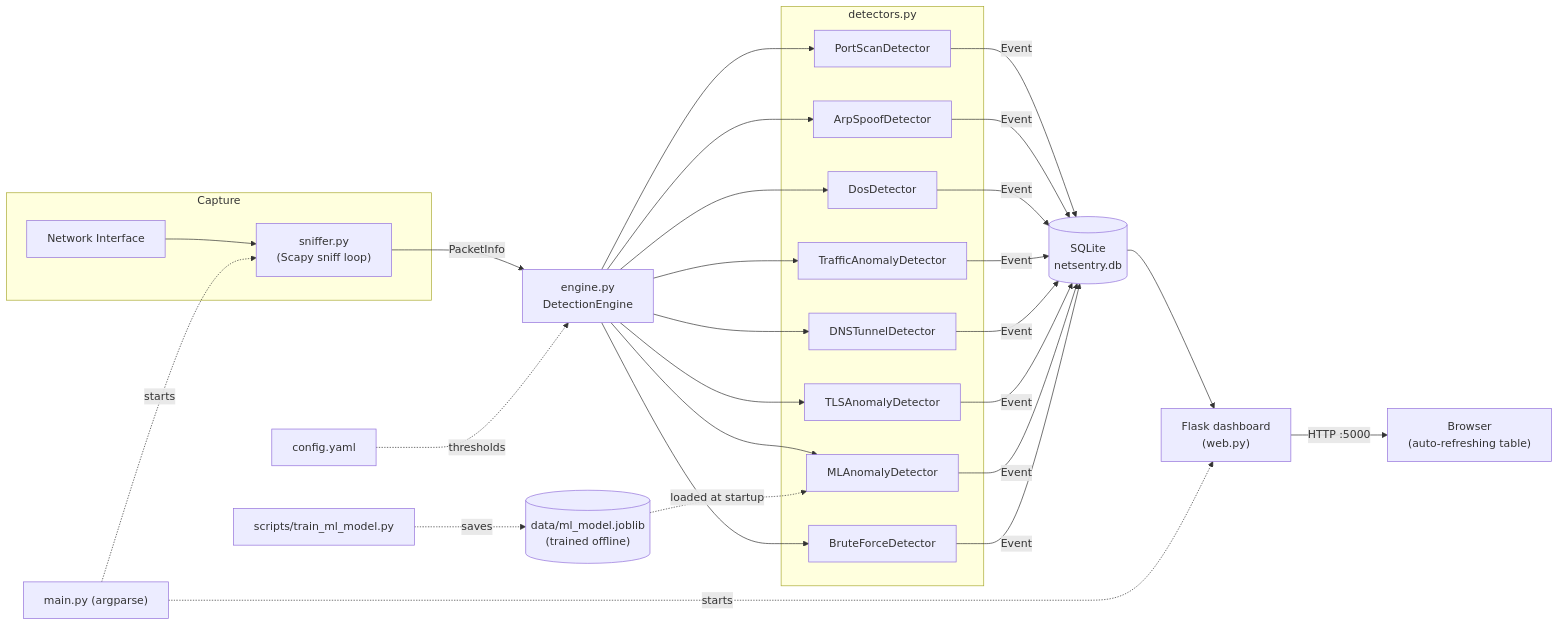
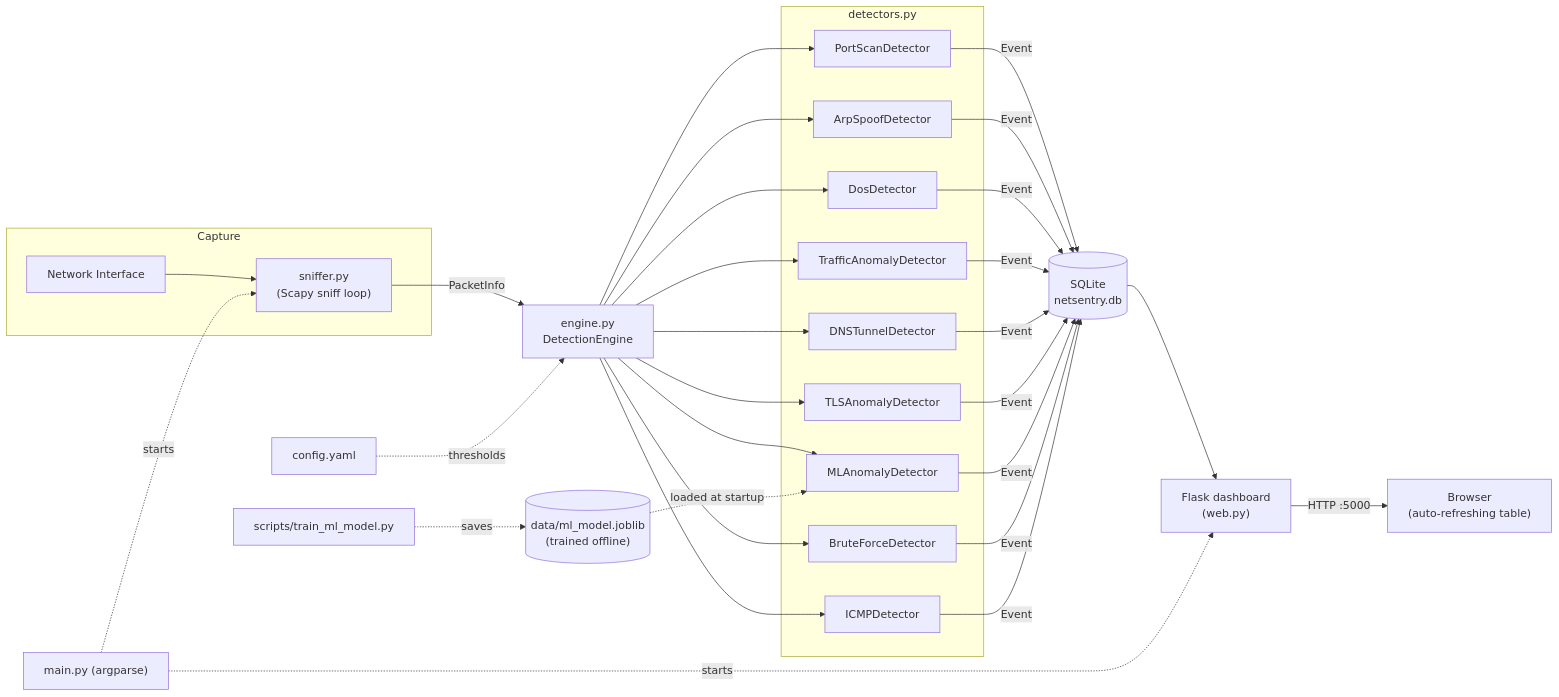
One commit to Deipedra34/NetSentry changed the diagram in README.md. Above: the diagram before and after it, drawn with Mermaid. The commit also changed other lines of this file and 13 other files, not shown here.

````diff
--- a/README.md
+++ b/README.md
@@ -46,47 +47,50 @@
 ```mermaid
 flowchart LR
     subgraph Capture
         NIC["Network Interface"] --> Sniffer["sniffer.py\n(Scapy sniff loop)"]
     end
 
     Sniffer -->|"PacketInfo"| Engine["engine.py\nDetectionEngine"]
 
     subgraph Detectors["detectors.py"]
         PS["PortScanDetector"]
         ARP["ArpSpoofDetector"]
         DOS["DosDetector"]
         ANOM["TrafficAnomalyDetector"]
         DNS["DNSTunnelDetector"]
         TLS["TLSAnomalyDetector"]
         ML["MLAnomalyDetector"]
         BF["BruteForceDetector"]
+        ICMP["ICMPDetector"]
     end
 
     Engine --> PS
     Engine --> ARP
     Engine --> DOS
     Engine --> ANOM
     Engine --> DNS
     Engine --> TLS
     Engine --> ML
     Engine --> BF
+    Engine --> ICMP
 
     PS -->|"Event"| DB[("SQLite\nnetsentry.db")]
     ARP -->|"Event"| DB
     DOS -->|"Event"| DB
     ANOM -->|"Event"| DB
     DNS -->|"Event"| DB
     TLS -->|"Event"| DB
     ML -->|"Event"| DB
     BF -->|"Event"| DB
+    ICMP -->|"Event"| DB
 
     Model[("data/ml_model.joblib\n(trained offline)")] -.loaded at startup.-> ML
     Train["scripts/train_ml_model.py"] -.saves.-> Model
 
     DB --> Web["Flask dashboard\n(web.py)"]
     Web -->|"HTTP :5000"| Browser["Browser\n(auto-refreshing table)"]
 
     Config["config.yaml"] -.thresholds.-> Engine
     CLI["main.py (argparse)"] -.starts.-> Sniffer
     CLI -.starts.-> Web
 ```
````
